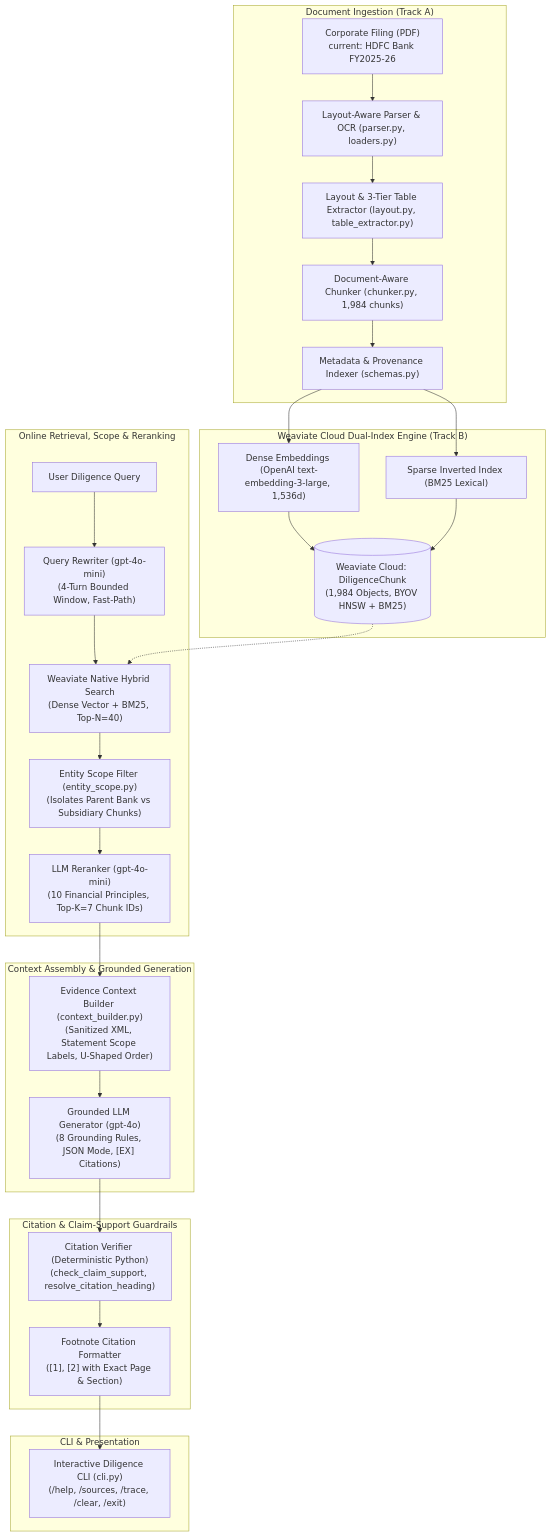
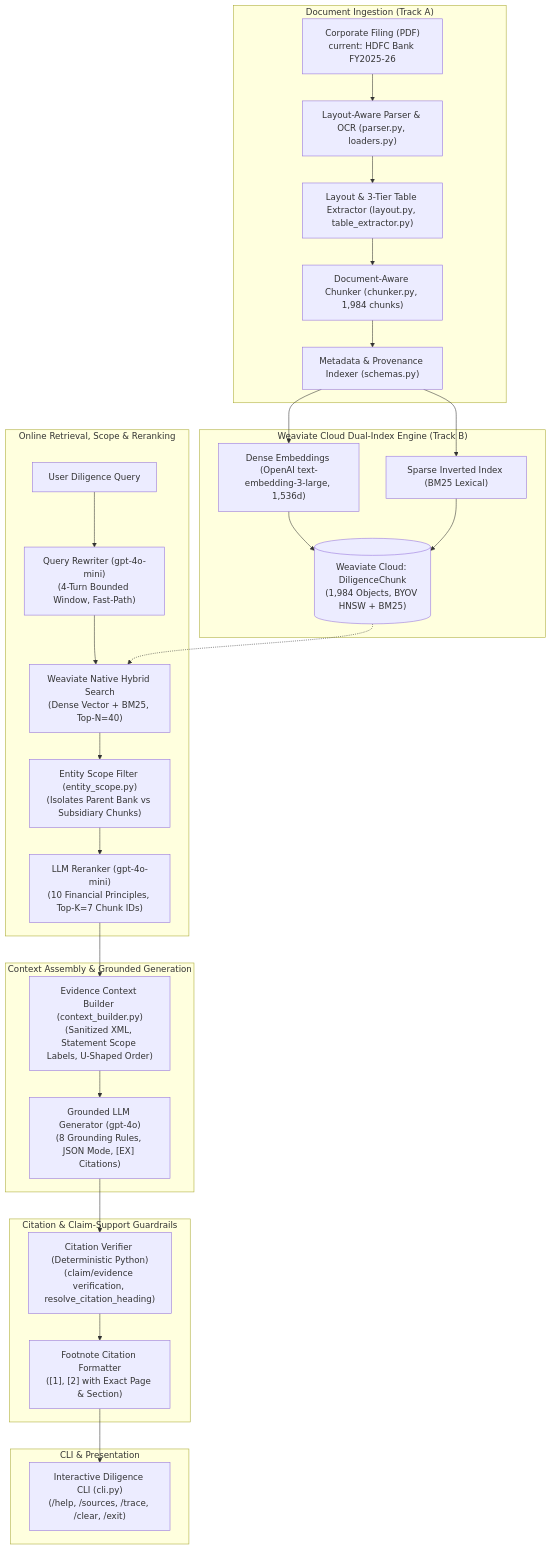
Before and after one commit to KushagraPan/ai-due-diligence-copilot: the first of 2 diagrams in _docs/architecture.md, drawn with Mermaid. The commit also changed other lines of this file and 8 other files, not shown here.

Commit message:
Verify structured claim-to-evidence citations

````diff
--- a/_docs/architecture.md
+++ b/_docs/architecture.md
@@ -18,38 +18,38 @@
 ```mermaid
 flowchart TD
     subgraph DataRoom["Document Ingestion (Track A)"]
         Docs["Corporate Filing (PDF)<br/>current: HDFC Bank FY2025-26"] --> Parser["Layout-Aware Parser & OCR (parser.py, loaders.py)"]
         Parser --> Layout["Layout & 3-Tier Table Extractor (layout.py, table_extractor.py)"]
         Layout --> Chunking["Document-Aware Chunker (chunker.py, 1,984 chunks)"]
         Chunking --> Metadata["Metadata & Provenance Indexer (schemas.py)"]
     end
 
     subgraph StorageLayer["Weaviate Cloud Dual-Index Engine (Track B)"]
         Metadata --> DenseEmbed["Dense Embeddings (OpenAI text-embedding-3-large, 1,536d)"]
         Metadata --> SparseIndex["Sparse Inverted Index (BM25 Lexical)"]
         DenseEmbed --> WeaviateStore[("Weaviate Cloud: DiligenceChunk<br/>(1,984 Objects, BYOV HNSW + BM25)")]
         SparseIndex --> WeaviateStore
     end
 
     subgraph RetrievalLayer["Online Retrieval, Scope & Reranking"]
         UserQuery["User Diligence Query"] --> QueryRewriter["Query Rewriter (gpt-4o-mini)<br/>(4-Turn Bounded Window, Fast-Path)"]
         QueryRewriter --> HybridSearch["Weaviate Native Hybrid Search<br/>(Dense Vector + BM25, Top-N=40)"]
         WeaviateStore -.-> HybridSearch
         HybridSearch --> EntityScope["Entity Scope Filter (entity_scope.py)<br/>(Isolates Parent Bank vs Subsidiary Chunks)"]
         EntityScope --> LLMReranker["LLM Reranker (gpt-4o-mini)<br/>(10 Financial Principles, Top-K=7 Chunk IDs)"]
     end
 
     subgraph GroundedSynthesis["Context Assembly & Grounded Generation"]
         LLMReranker --> CtxBuilder["Evidence Context Builder (context_builder.py)<br/>(Sanitized XML, Statement Scope Labels, U-Shaped Order)"]
         CtxBuilder --> GroundedGen["Grounded LLM Generator (gpt-4o)<br/>(8 Grounding Rules, JSON Mode, [EX] Citations)"]
     end
 
     subgraph Guardrails["Citation & Claim-Support Guardrails"]
-        GroundedGen --> CitationVerifier["Citation Verifier (Deterministic Python)<br/>(check_claim_support, resolve_citation_heading)"]
+        GroundedGen --> CitationVerifier["Citation Verifier (Deterministic Python)<br/>(claim/evidence verification, resolve_citation_heading)"]
         CitationVerifier --> OutputFormatter["Footnote Citation Formatter<br/>([1], [2] with Exact Page & Section)"]
     end
 
     subgraph Delivery["CLI & Presentation"]
         OutputFormatter --> CLI["Interactive Diligence CLI (cli.py)<br/>(/help, /sources, /trace, /clear, /exit)"]
     end
 ```
````
